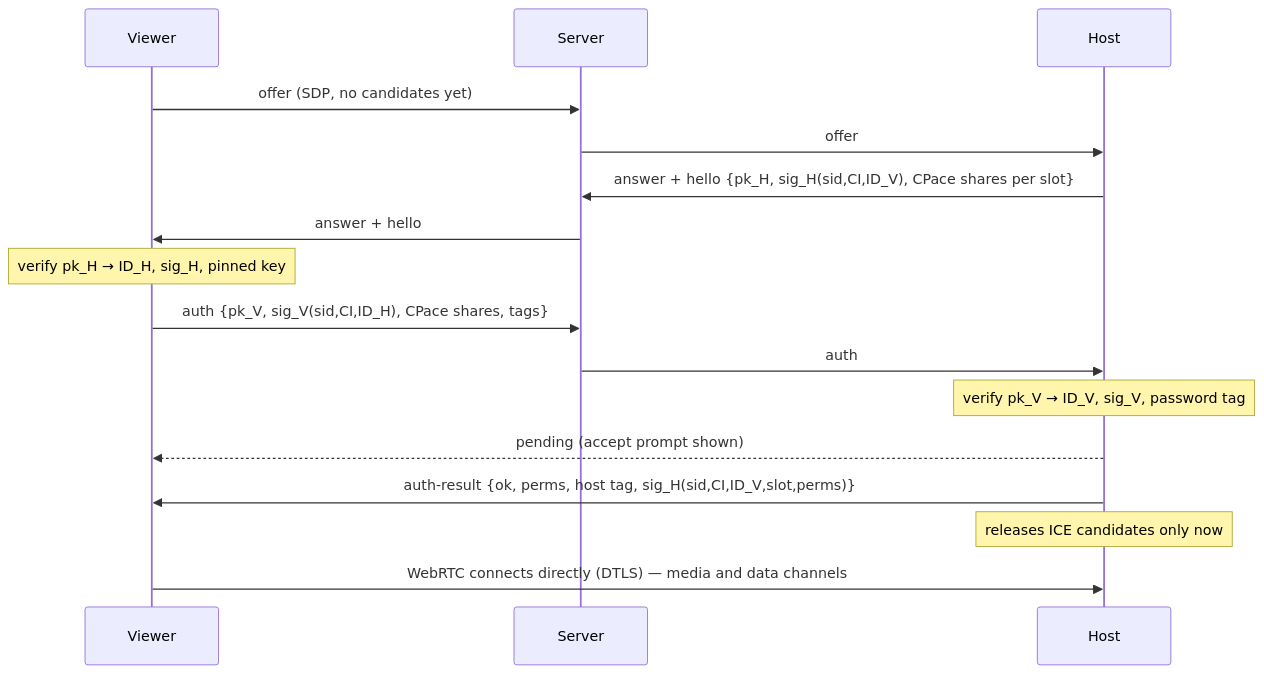
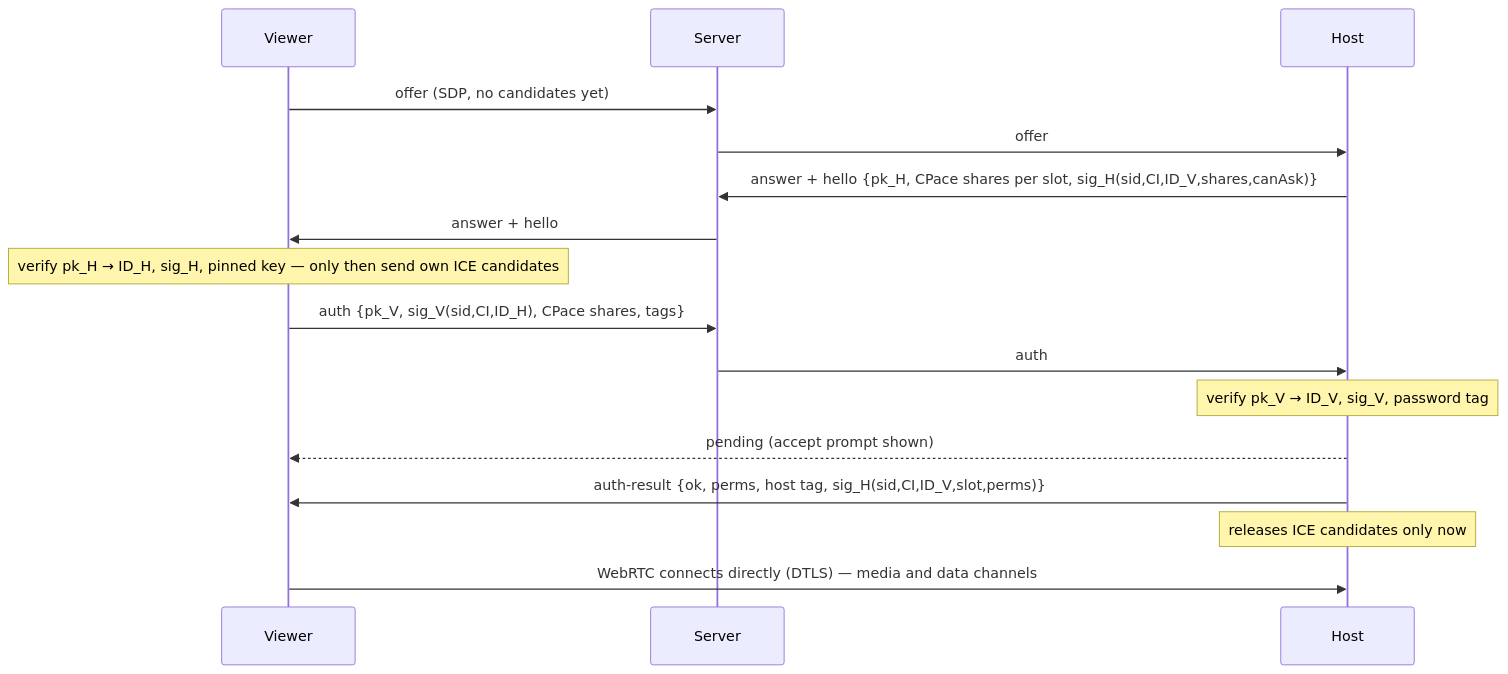
One commit to Safiullah-Rahu/BeamDesk changed the diagram in docs/SECURITY_MODEL.md. Above: the diagram before and after it, drawn with Mermaid. The commit also changed other lines of this file and 19 other files, not shown here.

````diff
--- a/docs/SECURITY_MODEL.md
+++ b/docs/SECURITY_MODEL.md
@@ -47,18 +47,18 @@
 ```mermaid
 sequenceDiagram
   participant V as Viewer
   participant S as Server
   participant H as Host
   V->>S: offer (SDP, no candidates yet)
   S->>H: offer
-  H->>S: answer + hello {pk_H, sig_H(sid,CI,ID_V), CPace shares per slot}
+  H->>S: answer + hello {pk_H, CPace shares per slot, sig_H(sid,CI,ID_V,shares,canAsk)}
   S->>V: answer + hello
-  Note over V: verify pk_H → ID_H, sig_H, pinned key
+  Note over V: verify pk_H → ID_H, sig_H, pinned key — only then send own ICE candidates
   V->>S: auth {pk_V, sig_V(sid,CI,ID_H), CPace shares, tags}
   S->>H: auth
   Note over H: verify pk_V → ID_V, sig_V, password tag
   H-->>V: pending (accept prompt shown)
   H->>V: auth-result {ok, perms, host tag, sig_H(sid,CI,ID_V,slot,perms)}
   Note over H: releases ICE candidates only now
   V->>H: WebRTC connects directly (DTLS) — media and data channels
 ```
````
